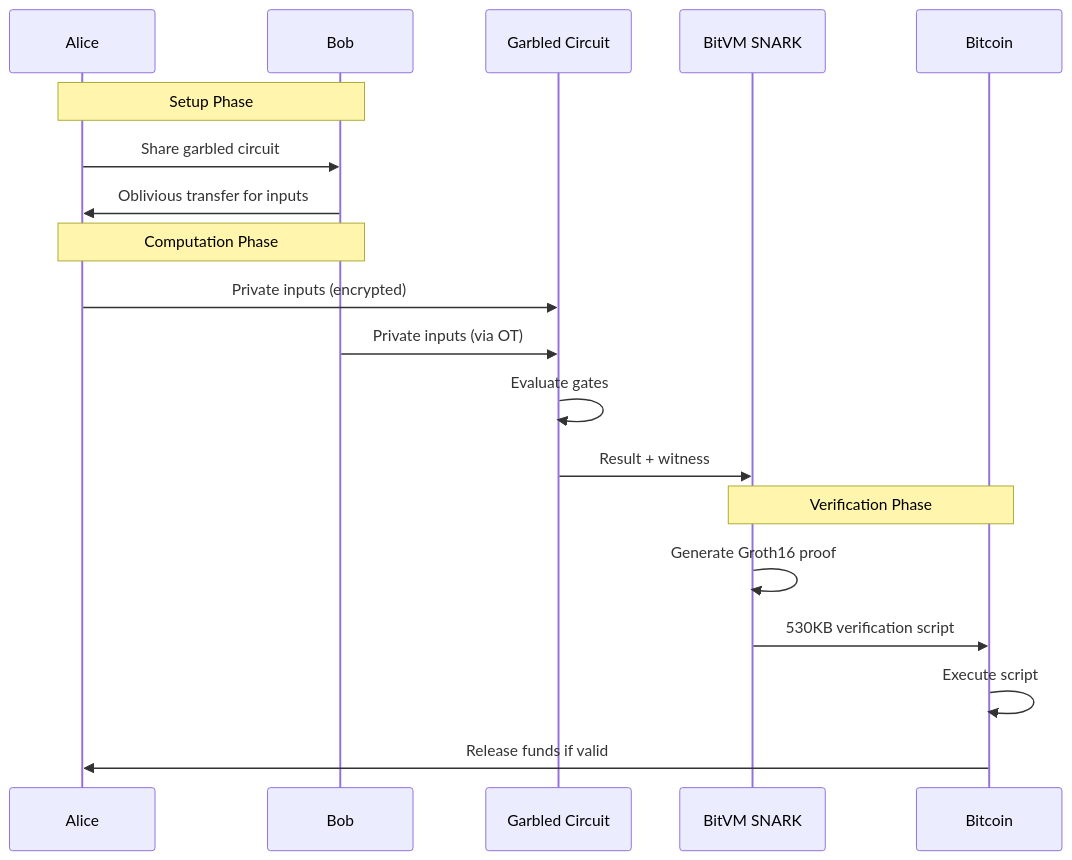
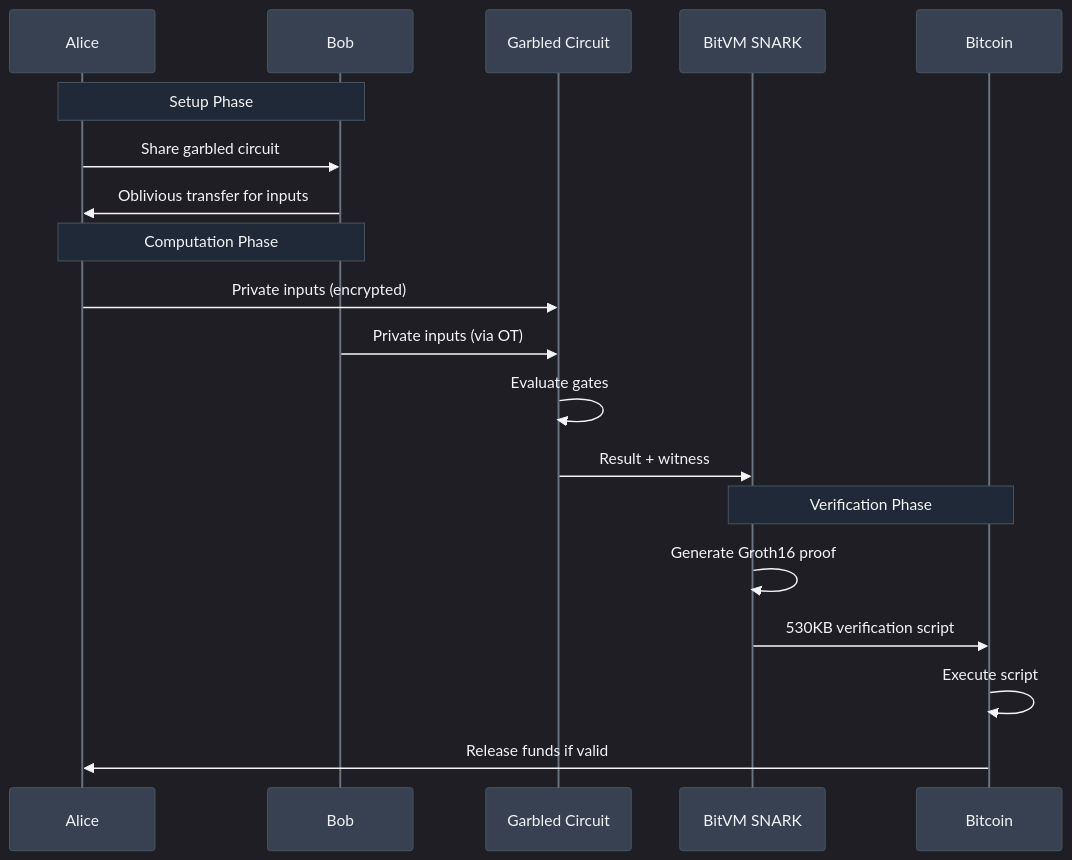
One commit to finiteloopme/dcentral-labs changed the second of 2 diagrams in bitvm/example/README.md. Above: the diagram before and after it, drawn with Mermaid. The commit also changed other lines of this file and 7 other files, not shown here.

````diff
--- a/bitvm/example/README.md
+++ b/bitvm/example/README.md
@@ -97,24 +105,25 @@
 ```mermaid
+%%{init: {'theme':'dark', 'themeVariables': { 'primaryColor':'#1f2937', 'primaryTextColor':'#f3f4f6', 'primaryBorderColor':'#4b5563', 'lineColor':'#6b7280', 'secondaryColor':'#374151', 'background':'#111827', 'mainBkg':'#1f2937', 'actorBkg':'#374151', 'actorBorder':'#4b5563', 'actorTextColor':'#f3f4f6', 'actorLineColor':'#6b7280', 'signalColor':'#f3f4f6', 'signalTextColor':'#f3f4f6', 'labelBoxBkgColor':'#1f2937', 'labelBoxBorderColor':'#4b5563', 'labelTextColor':'#f3f4f6', 'loopTextColor':'#f3f4f6', 'noteBorderColor':'#4b5563', 'noteBkgColor':'#1f2937', 'noteTextColor':'#f3f4f6', 'activationBorderColor':'#4b5563', 'activationBkgColor':'#374151', 'sequenceNumberColor':'#111827'}}}%%
 sequenceDiagram
     participant Alice
     participant Bob
     participant GC as Garbled Circuit
     participant SNARK as BitVM SNARK
     participant Bitcoin
     
     Note over Alice,Bob: Setup Phase
     Alice->>Bob: Share garbled circuit
     Bob->>Alice: Oblivious transfer for inputs
     
     Note over Alice,Bob: Computation Phase
     Alice->>GC: Private inputs (encrypted)
     Bob->>GC: Private inputs (via OT)
     GC->>GC: Evaluate gates
     GC->>SNARK: Result + witness
     
     Note over SNARK,Bitcoin: Verification Phase
     SNARK->>SNARK: Generate Groth16 proof
     SNARK->>Bitcoin: 530KB verification script
     Bitcoin->>Bitcoin: Execute script
     Bitcoin->>Alice: Release funds if valid
 ```
````
